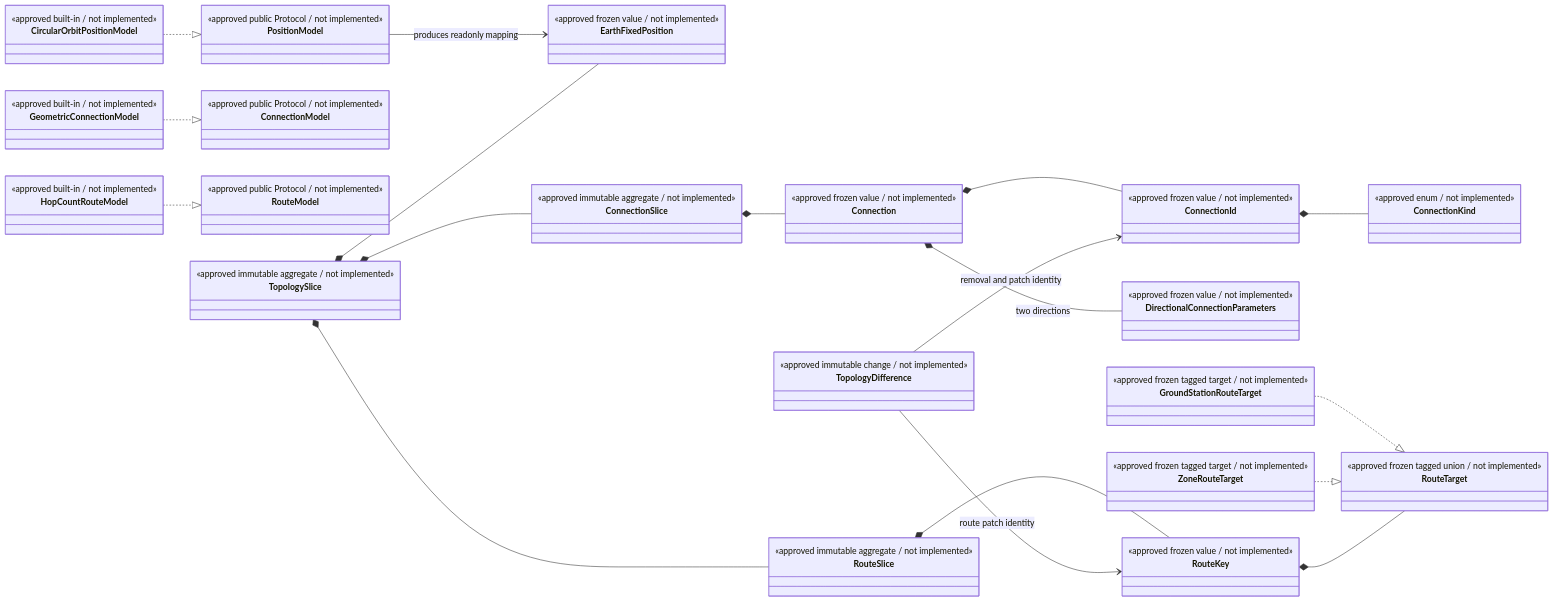
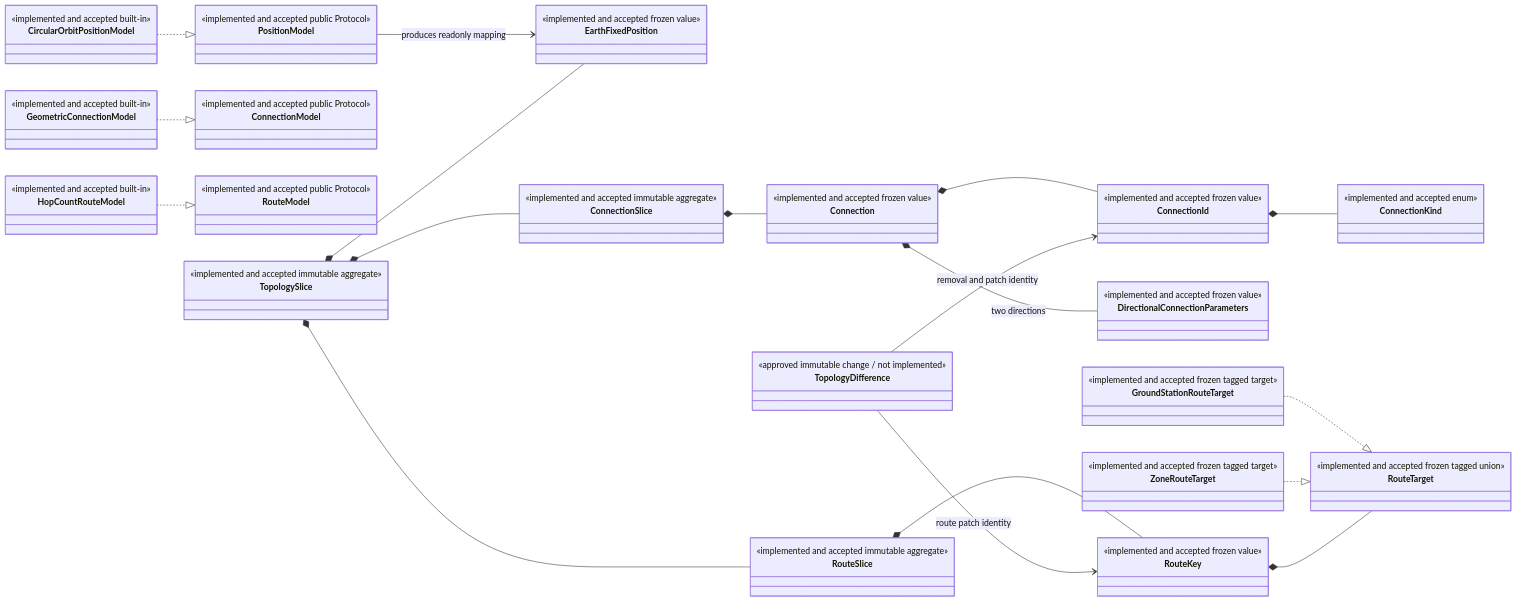
The ninth of 9 diagrams in skyseed_v2/docs/architecture/conceptual-class-diagrams.md (seed-labs/skyseed), drawn with Mermaid before and after one commit. The commit also changed other lines of this file and 72 other files, not shown here.

````diff
--- a/skyseed_v2/docs/architecture/conceptual-class-diagrams.md
+++ b/skyseed_v2/docs/architecture/conceptual-class-diagrams.md
@@ -531,80 +537,80 @@
 ```mermaid
 classDiagram
 direction LR
 
 class CircularOrbitPositionModel {
-  <<approved built-in / not implemented>>
+  <<implemented and accepted built-in>>
 }
 class GeometricConnectionModel {
-  <<approved built-in / not implemented>>
+  <<implemented and accepted built-in>>
 }
 class HopCountRouteModel {
-  <<approved built-in / not implemented>>
+  <<implemented and accepted built-in>>
 }
 class PositionModel {
-  <<approved public Protocol / not implemented>>
+  <<implemented and accepted public Protocol>>
 }
 class ConnectionModel {
-  <<approved public Protocol / not implemented>>
+  <<implemented and accepted public Protocol>>
 }
 class RouteModel {
-  <<approved public Protocol / not implemented>>
+  <<implemented and accepted public Protocol>>
 }
 class EarthFixedPosition {
-  <<approved frozen value / not implemented>>
+  <<implemented and accepted frozen value>>
 }
 class ConnectionKind {
-  <<approved enum / not implemented>>
+  <<implemented and accepted enum>>
 }
 class ConnectionId {
-  <<approved frozen value / not implemented>>
+  <<implemented and accepted frozen value>>
 }
 class DirectionalConnectionParameters {
-  <<approved frozen value / not implemented>>
+  <<implemented and accepted frozen value>>
 }
 class Connection {
-  <<approved frozen value / not implemented>>
+  <<implemented and accepted frozen value>>
 }
 class ConnectionSlice {
-  <<approved immutable aggregate / not implemented>>
+  <<implemented and accepted immutable aggregate>>
 }
 class GroundStationRouteTarget {
-  <<approved frozen tagged target / not implemented>>
+  <<implemented and accepted frozen tagged target>>
 }
 class ZoneRouteTarget {
-  <<approved frozen tagged target / not implemented>>
+  <<implemented and accepted frozen tagged target>>
 }
 class RouteTarget {
-  <<approved frozen tagged union / not implemented>>
+  <<implemented and accepted frozen tagged union>>
 }
 class RouteKey {
-  <<approved frozen value / not implemented>>
+  <<implemented and accepted frozen value>>
 }
 class RouteSlice {
-  <<approved immutable aggregate / not implemented>>
+  <<implemented and accepted immutable aggregate>>
 }
 class TopologySlice {
-  <<approved immutable aggregate / not implemented>>
+  <<implemented and accepted immutable aggregate>>
 }
 class TopologyDifference {
   <<approved immutable change / not implemented>>
 }
 
 CircularOrbitPositionModel ..|> PositionModel
 GeometricConnectionModel ..|> ConnectionModel
 HopCountRouteModel ..|> RouteModel
 PositionModel --> EarthFixedPosition : produces readonly mapping
 ConnectionId *-- ConnectionKind
 Connection *-- ConnectionId
 Connection *-- DirectionalConnectionParameters : two directions
 ConnectionSlice *-- Connection
 GroundStationRouteTarget ..|> RouteTarget
 ZoneRouteTarget ..|> RouteTarget
 RouteKey *-- RouteTarget
 RouteSlice *-- RouteKey
 TopologySlice *-- EarthFixedPosition
 TopologySlice *-- ConnectionSlice
 TopologySlice *-- RouteSlice
 TopologyDifference --> ConnectionId : removal and patch identity
 TopologyDifference --> RouteKey : route patch identity
 ```
````
